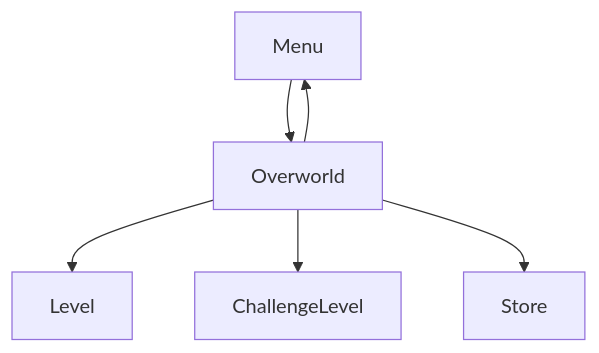
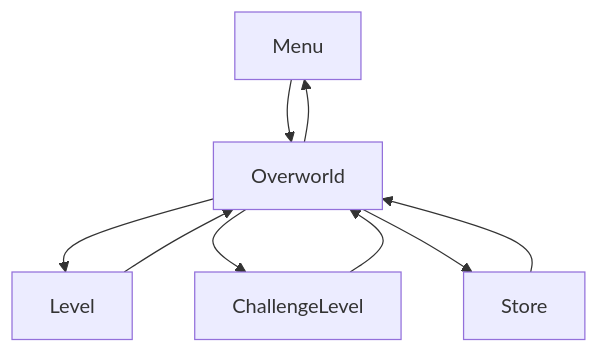
One commit to toninhoPinto/fighting-game changed the diagram in README.md. Above: the diagram before and after it, drawn with Mermaid.

````diff
--- a/README.md
+++ b/README.md
@@ -13,8 +13,11 @@
 ```mermaid
   graph TD;
       Menu-->Overworld;
       Overworld-->Level;
       Overworld-->ChallengeLevel;
       Overworld-->Store;
       Overworld-->Menu;
+      ChallengeLevel-->Overworld;
+      Store-->Overworld;
+      Level-->Overworld;
 ```
````
